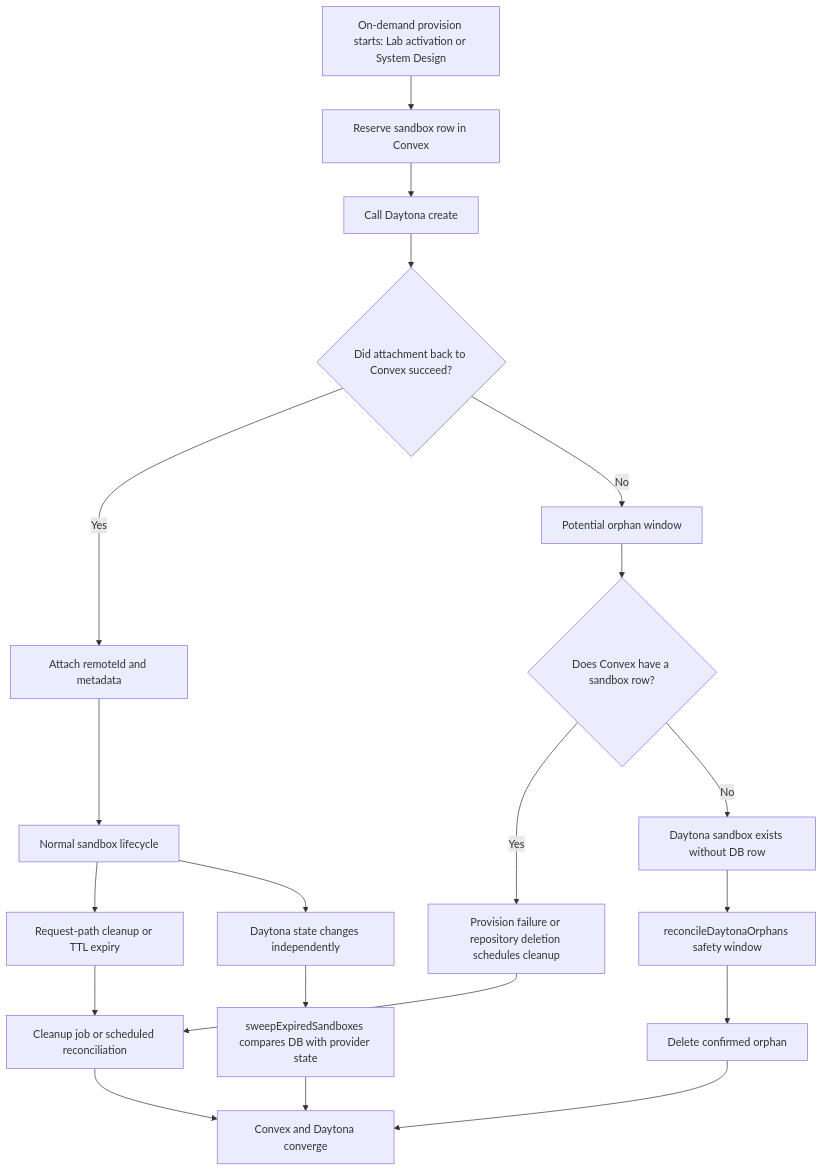
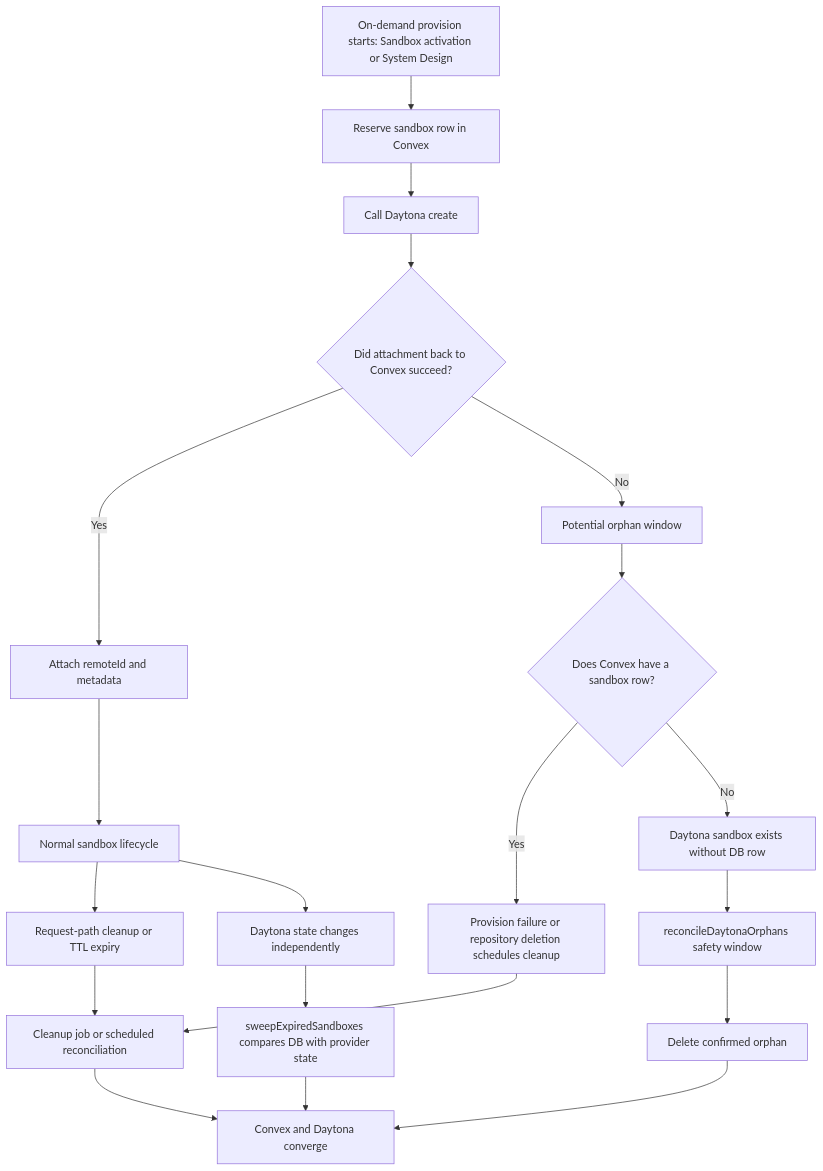
The diagram in docs/orphan-resource-handling.md (EricTsai83/systify), drawn with Mermaid before and after one commit. The commit also changed other lines of this file and 21 other files, not shown here.

First line of the commit message:
Consolidate chat modes: Lab → per-message Sandbox grounding

````diff
--- a/docs/orphan-resource-handling.md
+++ b/docs/orphan-resource-handling.md
@@ -39,27 +39,27 @@
 ```mermaid
 flowchart TD
-  A[On-demand provision starts: Lab activation or System Design] --> B[Reserve sandbox row in Convex]
+  A[On-demand provision starts: Sandbox activation or System Design] --> B[Reserve sandbox row in Convex]
   B --> C[Call Daytona create]
   C --> D{Did attachment back to Convex succeed?}
 
   D -->|Yes| E[Attach remoteId and metadata]
   E --> F[Normal sandbox lifecycle]
   F --> G[Request-path cleanup or TTL expiry]
   G --> H[Cleanup job or scheduled reconciliation]
   H --> I[Convex and Daytona converge]
 
   D -->|No| J[Potential orphan window]
   J --> K{Does Convex have a sandbox row?}
 
   K -->|Yes| L[Provision failure or repository deletion schedules cleanup]
   L --> H
 
   K -->|No| M[Daytona sandbox exists without DB row]
   M --> N[reconcileDaytonaOrphans safety window]
   N --> O[Delete confirmed orphan]
   O --> I
 
   F --> P[Daytona state changes independently]
   P --> Q[sweepExpiredSandboxes compares DB with provider state]
   Q --> I
 ```
````
